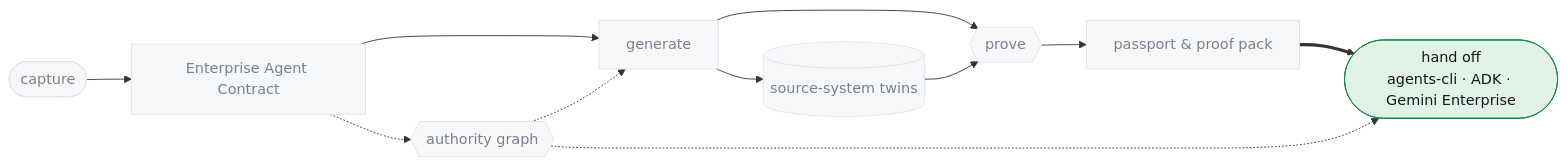
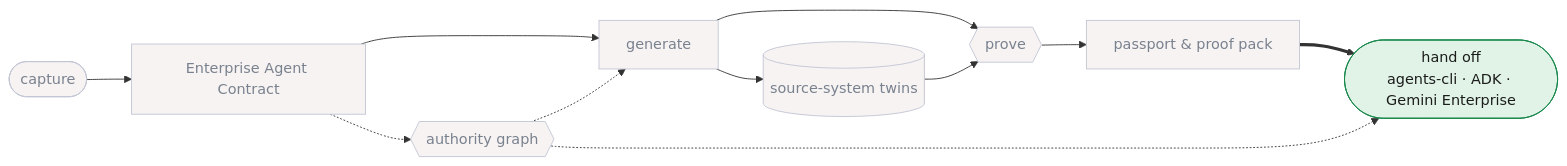
One commit to vamsiramakrishnan/ge-agent-factory changed the diagram in docs/diagrams-src/signature-pipeline-handoff-targets.mmd. Above: the diagram before and after it, drawn with Mermaid. The commit also changed 75 other files, not shown here.

```diff
--- a/docs/diagrams-src/signature-pipeline-handoff-targets.mmd
+++ b/docs/diagrams-src/signature-pipeline-handoff-targets.mmd
@@ -1,25 +1,25 @@
 flowchart LR
     CAP(["capture"])
     CONTRACT["Enterprise Agent Contract"]
     GEN["generate"]
     TWIN[("source-system twins")]
     PROVE{{"prove"}}
     PASSPORT["passport & proof pack"]
     HANDOFF(["hand off\nagents-cli · ADK · Gemini Enterprise"])
     AUTH{{"authority graph"}}
 
     CAP --> CONTRACT
     CONTRACT --> GEN
     GEN --> TWIN
     GEN --> PROVE
     TWIN --> PROVE
     PROVE --> PASSPORT
     PASSPORT ==> HANDOFF
     CONTRACT -.-> AUTH
     AUTH -.-> GEN
     AUTH -.-> HANDOFF
 
-    classDef handoff fill:#e1f3e7,stroke:#16874a,color:#14171c
-    classDef dim fill:#f6f7f9,stroke:#dfe2e8,color:#79818e
+    classDef handoff fill:#e1f3e7,stroke:#16874a,color:#1b1c1c
+    classDef dim fill:#f6f3f2,stroke:#c2c6d4,color:#79818e
     class HANDOFF handoff
     class CAP,CONTRACT,GEN,TWIN,PROVE,PASSPORT,AUTH dim
```
